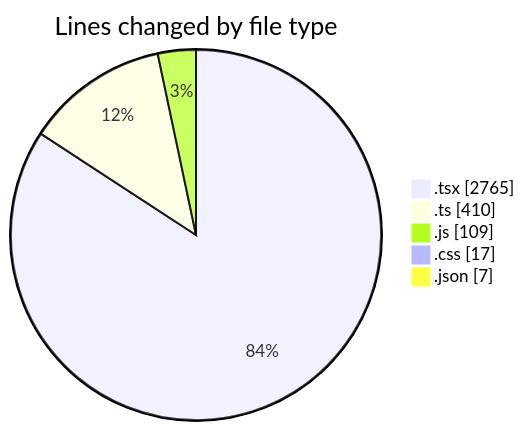
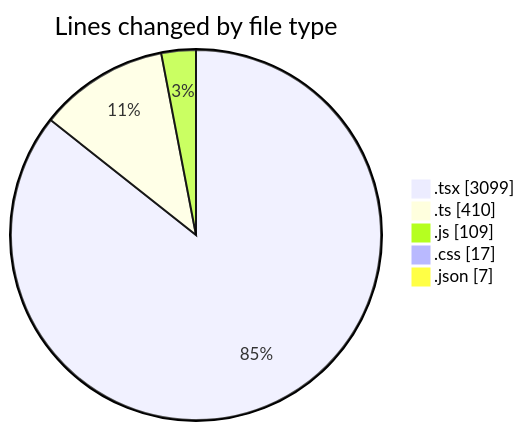
The first of 2 diagrams in 2025-01-17/mbc-web/README.md (robertbonfada/code-tracking), drawn with Mermaid before and after one commit. The commit also changed other lines of this file and 1 other file, not shown here.

````diff
--- a/2025-01-17/mbc-web/README.md
+++ b/2025-01-17/mbc-web/README.md
@@ -37,9 +37,9 @@
 ```mermaid
 pie showData
 title Lines changed by file type
-".tsx" : 2765
+".tsx" : 3099
 ".ts" : 410
 ".js" : 109
 ".css" : 17
 ".json" : 7
 ```
````
